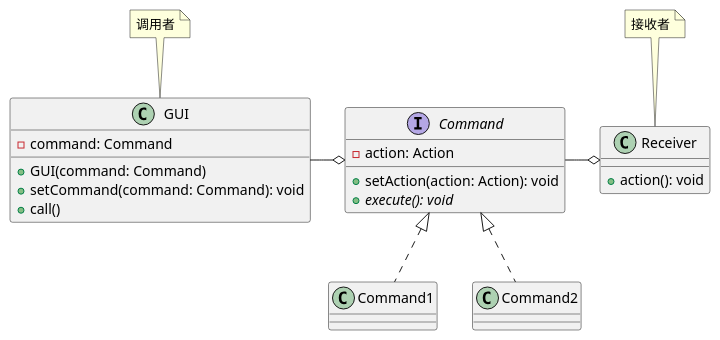
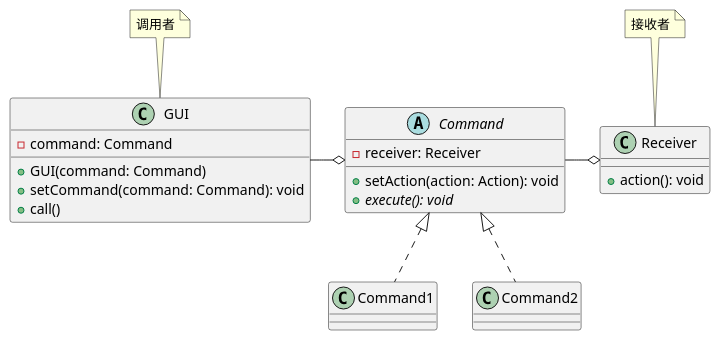
One commit to Dreamer-07/java-design-pattern changed the diagram in target/classes/pers/prover07/dp/behavior/command/code.puml. Above: the diagram before and after it, drawn with PlantUML. The commit also changed 20 other files, not shown here.

```diff
--- a/target/classes/pers/prover07/dp/behavior/command/code.puml
+++ b/target/classes/pers/prover07/dp/behavior/command/code.puml
@@ -1,32 +1,32 @@
 @startuml
 'https://plantuml.com/class-diagram
 
 class Receiver {
     + action(): void
 }
 note top of Receiver
     接收者
 end note
-interface Command {
-    - action: Action
+abstract Command {
+    - receiver: Receiver
     + setAction(action: Action): void
     + {abstract} execute(): void
 }
 Command -right-o Receiver
 class Command1
 Command1 .up.|> Command
 class Command2
 Command2 .up.|> Command
 class GUI {
     - command: Command
     + GUI(command: Command)
     + setCommand(command: Command): void
     + call()
 }
 note top of GUI
     调用者
 end note
 GUI -o Command
 
 
 @enduml
```
